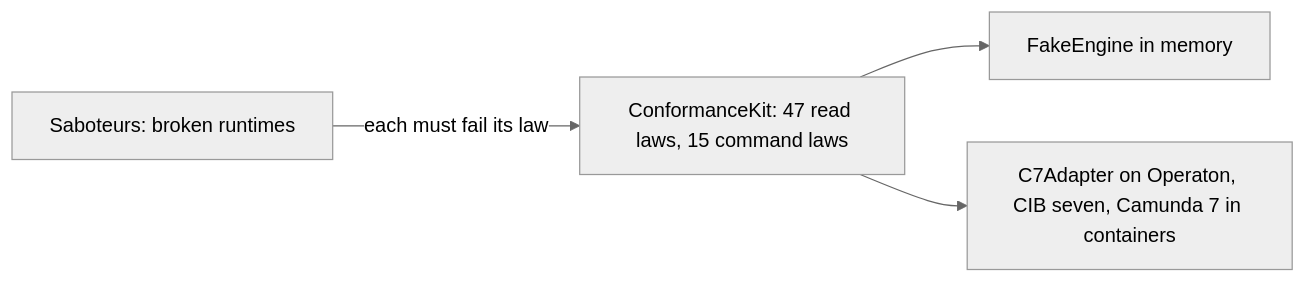
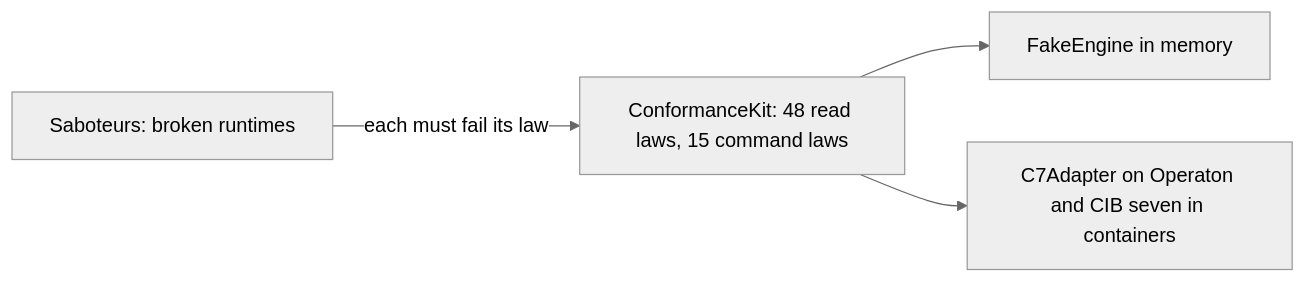
One commit to Miragon/pulse changed the diagram in apps/vscode/docs/adr/runtime-contract.md. Above: the diagram before and after it, drawn with Mermaid (neutral theme). The commit also changed other lines of this file and 73 other files, not shown here.

````diff
--- a/apps/vscode/docs/adr/runtime-contract.md
+++ b/apps/vscode/docs/adr/runtime-contract.md
@@ -181,7 +199,7 @@
 ```mermaid
 flowchart LR
-  kit[ConformanceKit: 47 read laws, 15 command laws]
+  kit[ConformanceKit: 48 read laws, 15 command laws]
   kit --> fake[FakeEngine in memory]
-  kit --> c7[C7Adapter on Operaton, CIB seven, Camunda 7 in containers]
+  kit --> c7[C7Adapter on Operaton and CIB seven in containers]
   saboteurs[Saboteurs: broken runtimes] -- each must fail its law --> kit
 ```
````
